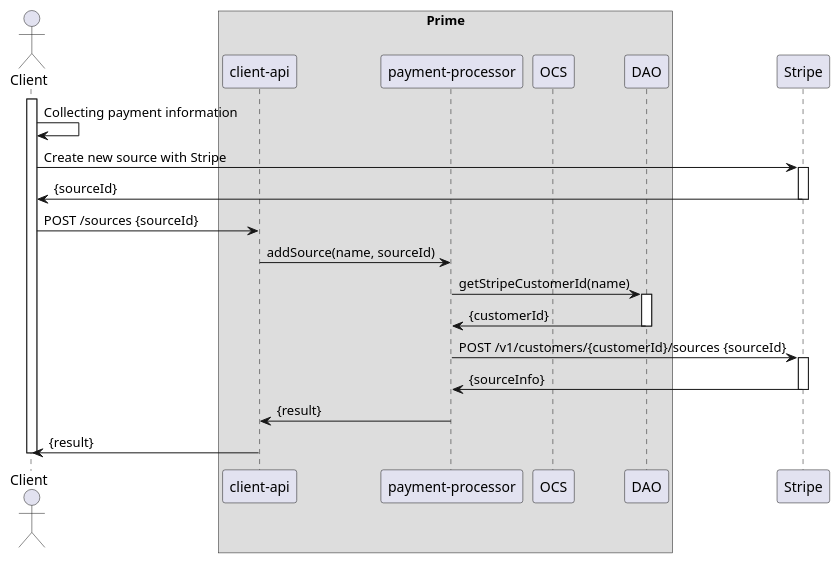
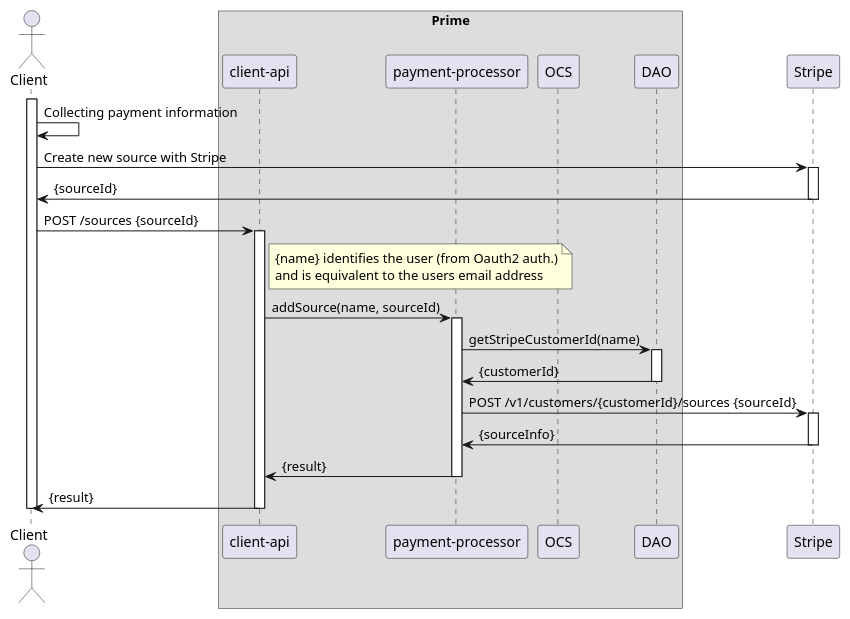
The diagram in payment-processor/doc/puml/create-source.puml (ostelco/ostelco-core), drawn with PlantUML before and after one commit.

Commit message:
Minor updates to 'create-source' flow diagram

```diff
--- a/payment-processor/doc/puml/create-source.puml
+++ b/payment-processor/doc/puml/create-source.puml
@@ -1,44 +1,50 @@
 @startuml
 
 actor Client
 participant Client
 
 box "Prime"
     participant "client-api"
     participant "payment-processor"
     participant OCS
     participant DAO
 end box
 participant Stripe
 
 activate Client
     Client -> Client : Collecting payment information
 
     Client -> Stripe : Create new source with Stripe
     activate Stripe
     Stripe -> Client : {sourceId}
     deactivate Stripe
 
     Client -> "client-api" : POST /sources {sourceId}
+    activate  "client-api"
+    note right of "client-api"
+       {name} identifies the user (from Oauth2 auth.)
+       and is equivalent to the users email address
+    end note
 
     "client-api" -> "payment-processor" : addSource(name, sourceId)
+    activate "payment-processor"
 
     "payment-processor" -> DAO : getStripeCustomerId(name)
     activate DAO
     DAO -> "payment-processor" : {customerId}
     deactivate DAO
 
     "payment-processor" -> Stripe : POST /v1/customers/{customerId}/sources {sourceId}
     activate Stripe
     Stripe -> "payment-processor" : {sourceInfo}
     deactivate Stripe
 
     "payment-processor" -> "client-api" : {result}
     deactivate "payment-processor"
 
     "client-api" -> Client : {result}
     deactivate "client-api"
 
 deactivate Client
 
 @enduml
```
